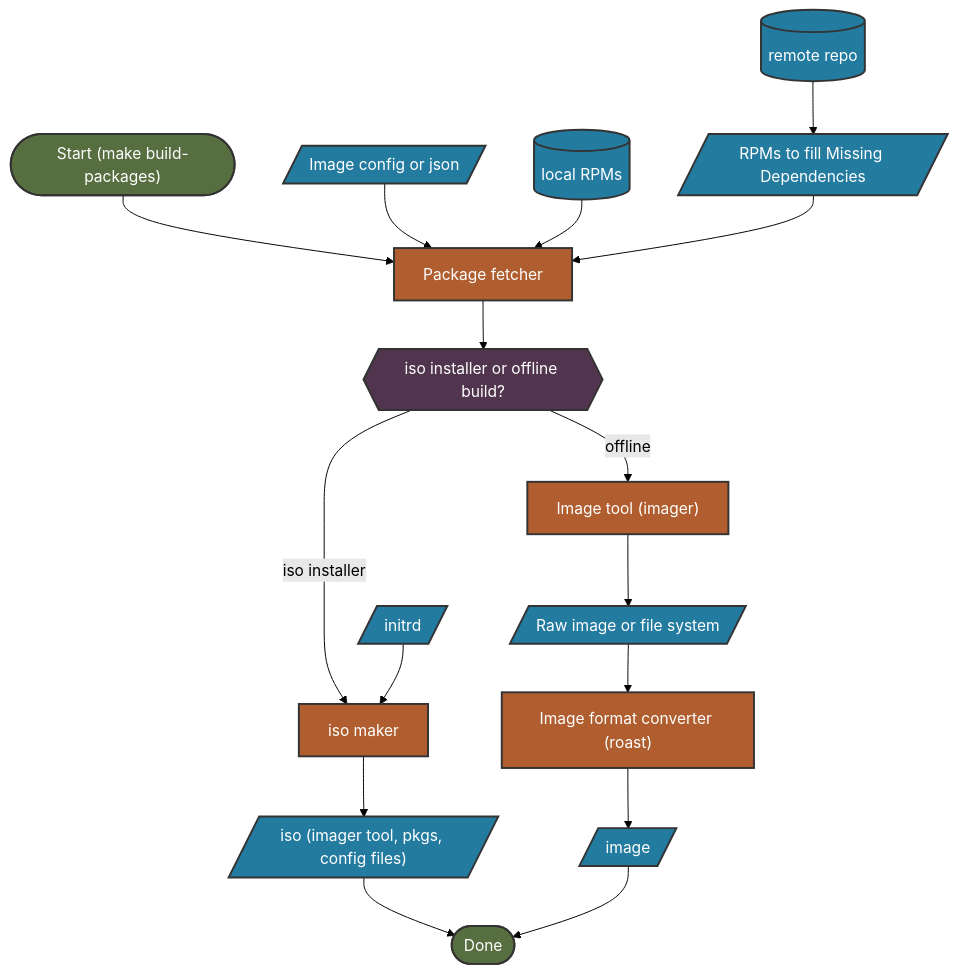
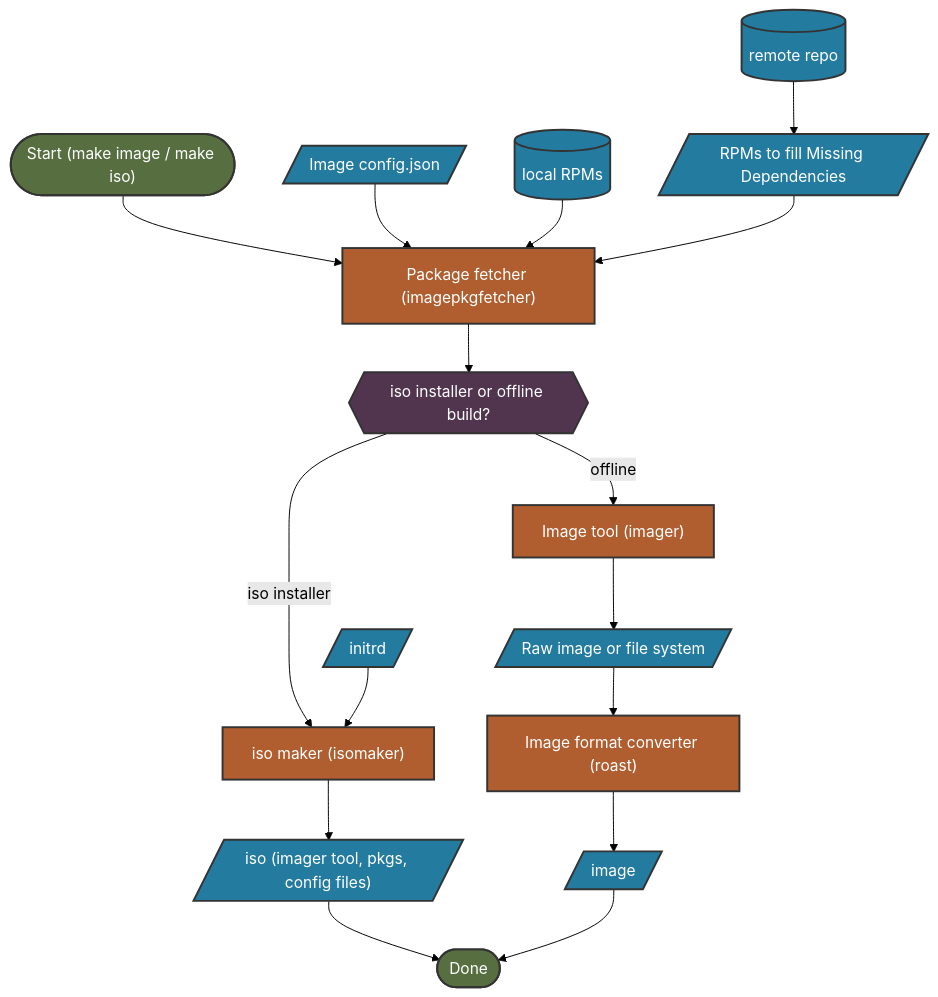
Before and after one commit to microsoft/azurelinux: the sixth of 6 diagrams in toolkit/docs/how_it_works/0_intro.md, drawn with Mermaid (forest theme). The commit also changed other lines of this file, not shown here.

````diff
--- a/toolkit/docs/how_it_works/0_intro.md
+++ b/toolkit/docs/how_it_works/0_intro.md
@@ -254,47 +259,47 @@
 ```mermaid
 flowchart TD
     %% style definitions
     classDef io fill:#247BA0,stroke:#333,stroke-width:2px,color:#fff;
     classDef process fill:#B05E2F,stroke:#333,stroke-width:2px,color:#fff;
     classDef decision fill:#51344D,stroke:#333,stroke-width:2px,color:#fff;
     classDef goodState fill:#566E40,stroke:#333,stroke-width:2px,color:#fff;
     classDef badState fill:#BC4B51,stroke:#333,stroke-width:2px,color:#fff;
 
     %% state nodes
-    start(["Start (make build-packages)"]):::goodState
+    start(["Start (make image / make iso)"]):::goodState
     done([Done]):::goodState
     %% error[[Error]]:::badState
 
     %% Image nodes
-    imageConfig[/Image config or json/]:::io
+    imageConfig[/Image config.json/]:::io
     raw[/Raw image or file system/]:::io
     roast["Image format converter (roast)"]:::process
     initrd[/initrd/]:::io
     iso[/"iso (imager tool, pkgs, config files)"/]:::io
     image[/image/]:::io
-    pkgFetcher[Package fetcher]:::process
+    pkgFetcher["Package fetcher (imagepkgfetcher)"]:::process
     rpmCache[(local RPMs)]:::io
     remoteRepo[(remote repo)]:::io
     missingDep[/RPMs to fill Missing Dependencies/]:::io
     imager["Image tool (imager)"]:::process
     isoBuild{{iso installer or offline build?}}:::decision
-    isoBuilder[iso maker]:::process
+    isoBuilder["iso maker (isomaker)"]:::process
 
     %% Image flow
     start-->pkgFetcher
     imageConfig-->pkgFetcher
     rpmCache-->pkgFetcher
     remoteRepo-->missingDep
     missingDep-->pkgFetcher
     pkgFetcher-->isoBuild
     isoBuild-->|iso installer|isoBuilder
     initrd-->isoBuilder
     isoBuilder-->iso
     iso-->done
     isoBuild-->|offline|imager
     imager-->raw
     raw-->roast
     roast-->image
     image-->done
     
 ```
````
